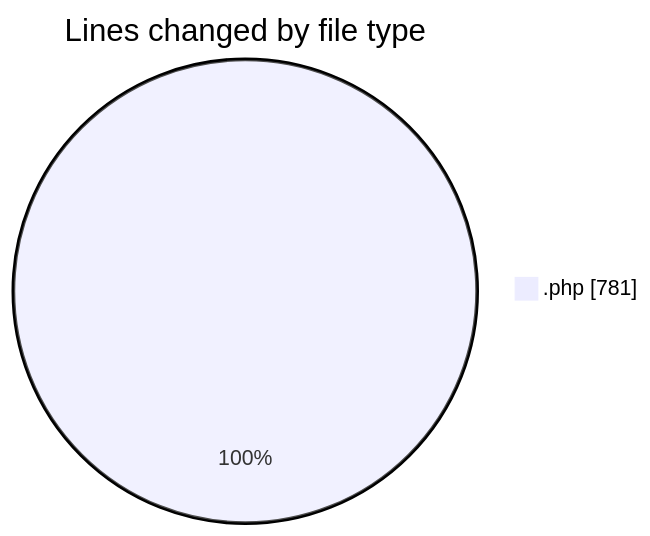
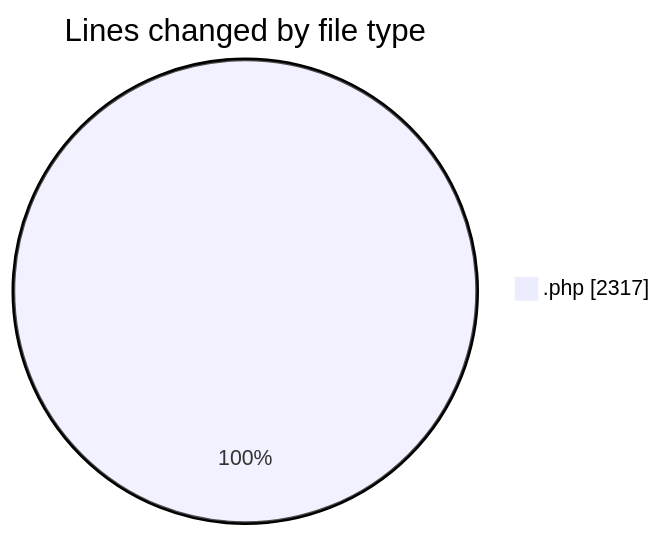
Before and after one commit to debugP/code-tracking: the first of 2 diagrams in 2025-10-08/untitled__workspace_/README.md, drawn with Mermaid. The commit also changed other lines of this file and 1 other file, not shown here.

````diff
--- a/2025-10-08/untitled__workspace_/README.md
+++ b/2025-10-08/untitled__workspace_/README.md
@@ -23,5 +24,5 @@
 ```mermaid
 pie showData
 title Lines changed by file type
-".php" : 781
+".php" : 2317
 ```
````
